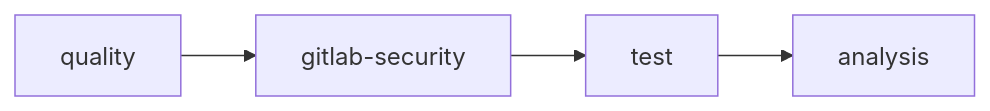
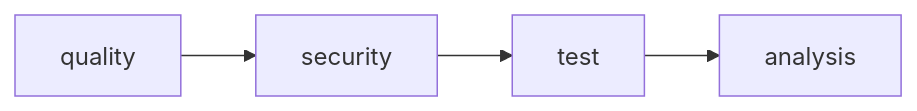
The first of 2 diagrams in docs-site/src/content/docs/operations/frontend-ci-cd.md (enraiz/granit-dotnet), drawn with Mermaid before and after one commit. The commit also changed other lines of this file and 38 other files, not shown here.

````diff
--- a/docs-site/src/content/docs/operations/frontend-ci-cd.md
+++ b/docs-site/src/content/docs/operations/frontend-ci-cd.md
@@ -13,4 +13,4 @@
 ```mermaid
 flowchart LR
-    Q[quality] --> S[gitlab-security] --> T[test] --> A[analysis]
+    Q[quality] --> S[security] --> T[test] --> A[analysis]
 ```
````
